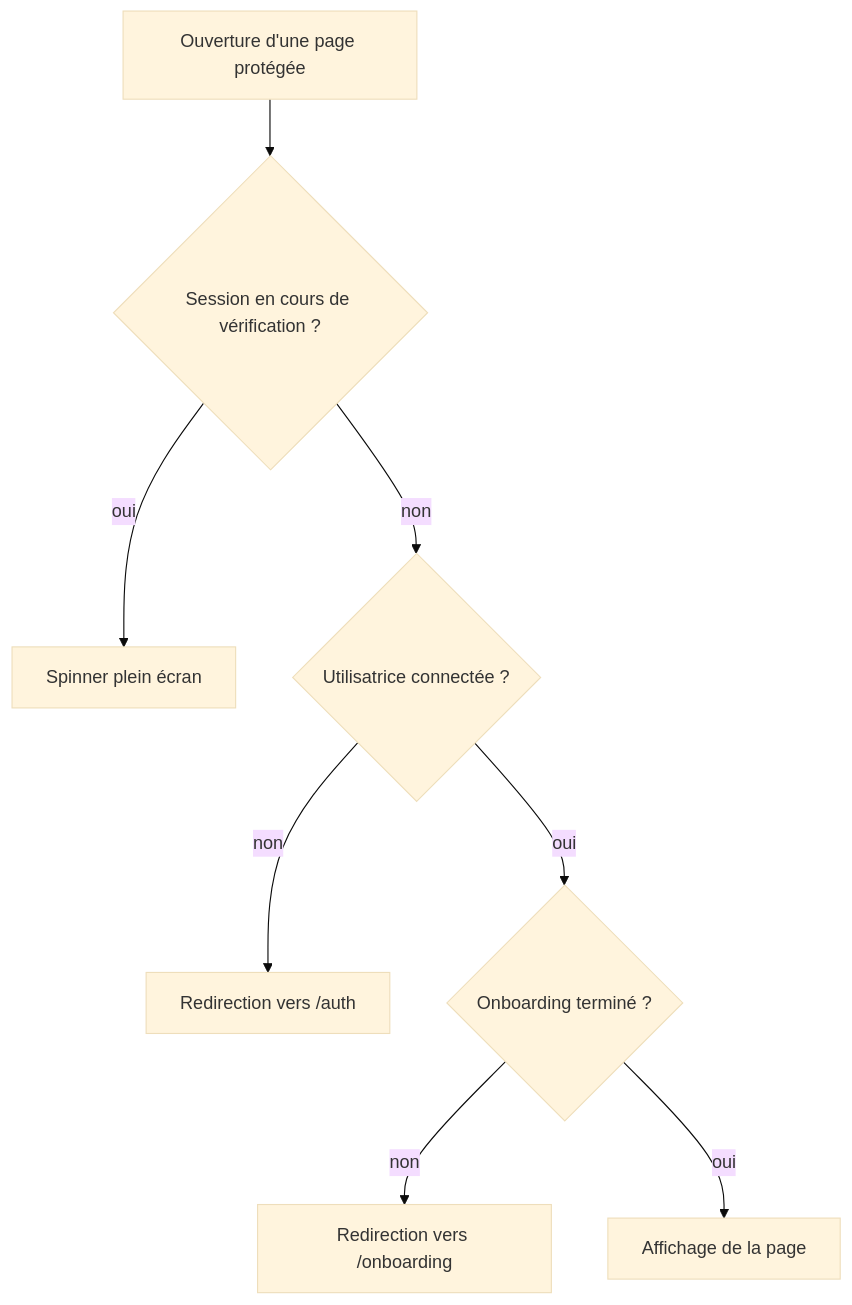
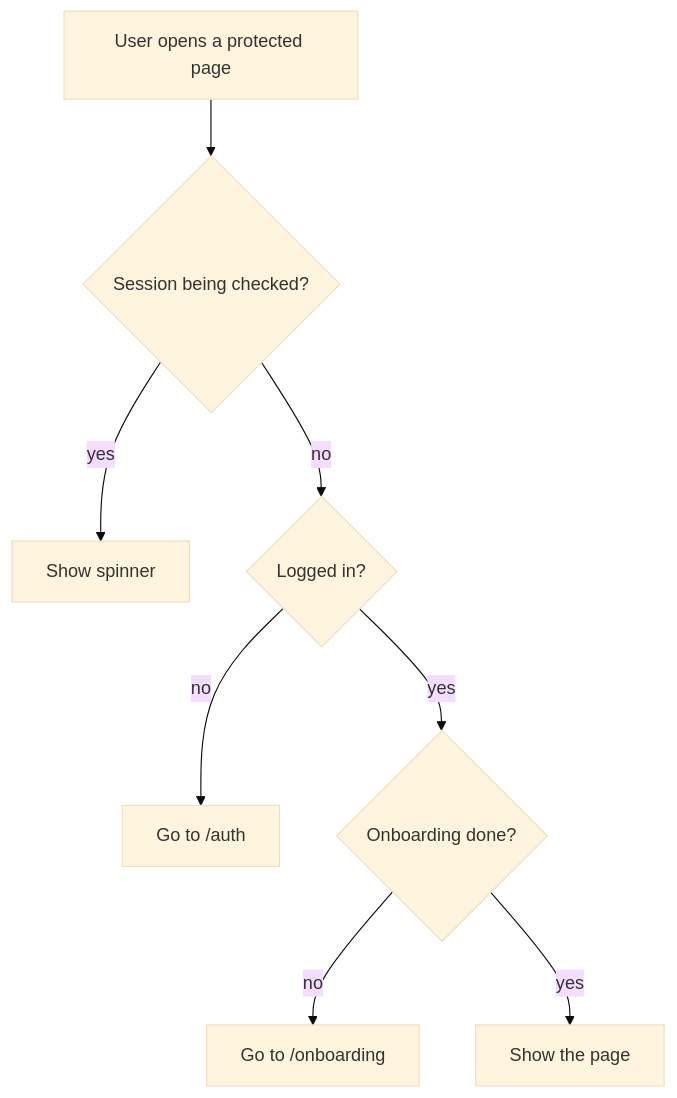
One commit to EtiennePellissier/ENDOless-project changed the first of 5 diagrams in ux2/ux-flows.md. Above: the diagram before and after it, drawn with Mermaid (base theme). The commit also changed other lines of this file, not shown here.

First line of the commit message:
Revise UX flows documentation with detailed user navigation

````diff
--- a/ux2/ux-flows.md
+++ b/ux2/ux-flows.md
@@ -27,10 +39,10 @@
 ```mermaid
 flowchart TD
-    A["Ouverture d'une page protégée"] --> B{"Session en cours de vérification ?"}
-    B -- oui --> C["Spinner plein écran"]
-    B -- non --> D{"Utilisatrice connectée ?"}
-    D -- non --> E["Redirection vers /auth"]
-    D -- oui --> F{"Onboarding terminé ?"}
-    F -- non --> G["Redirection vers /onboarding"]
-    F -- oui --> H["Affichage de la page"]
+    A[User opens a protected page] --> B{Session being checked?}
+    B -- yes --> C[Show spinner]
+    B -- no --> D{Logged in?}
+    D -- no --> E[Go to /auth]
+    D -- yes --> F{Onboarding done?}
+    F -- no --> G[Go to /onboarding]
+    F -- yes --> H[Show the page]
 ```
````
